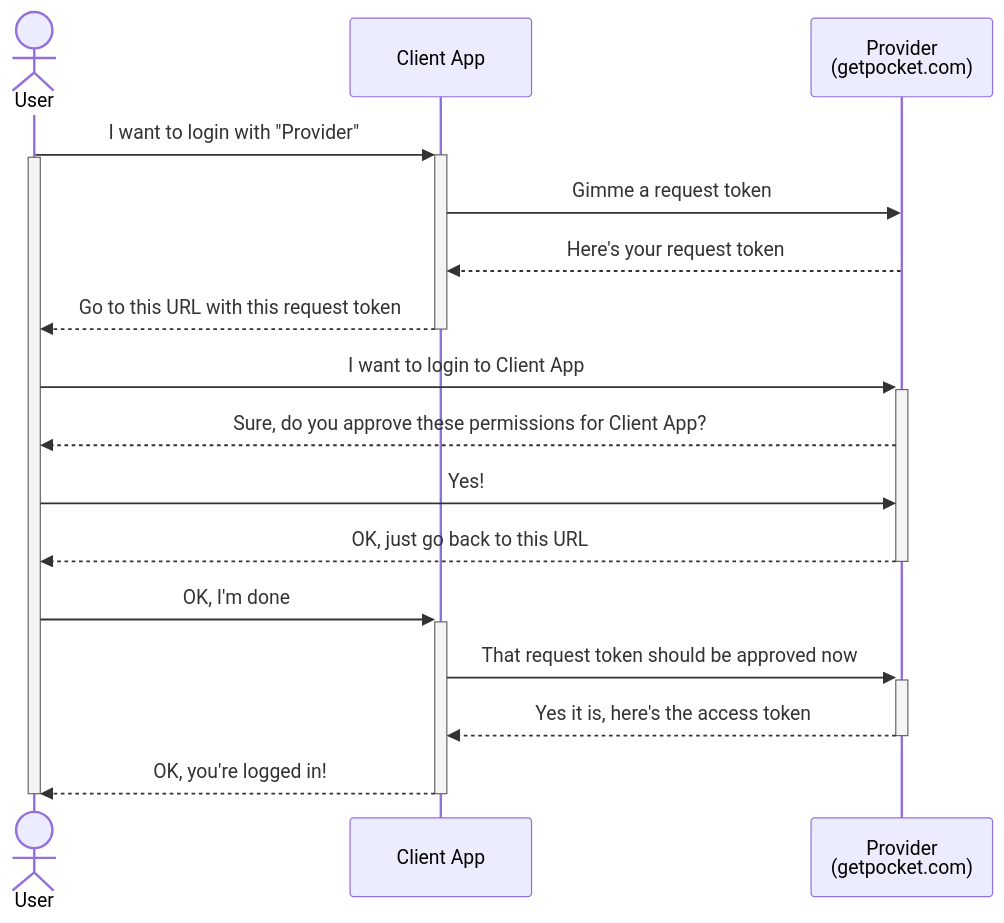
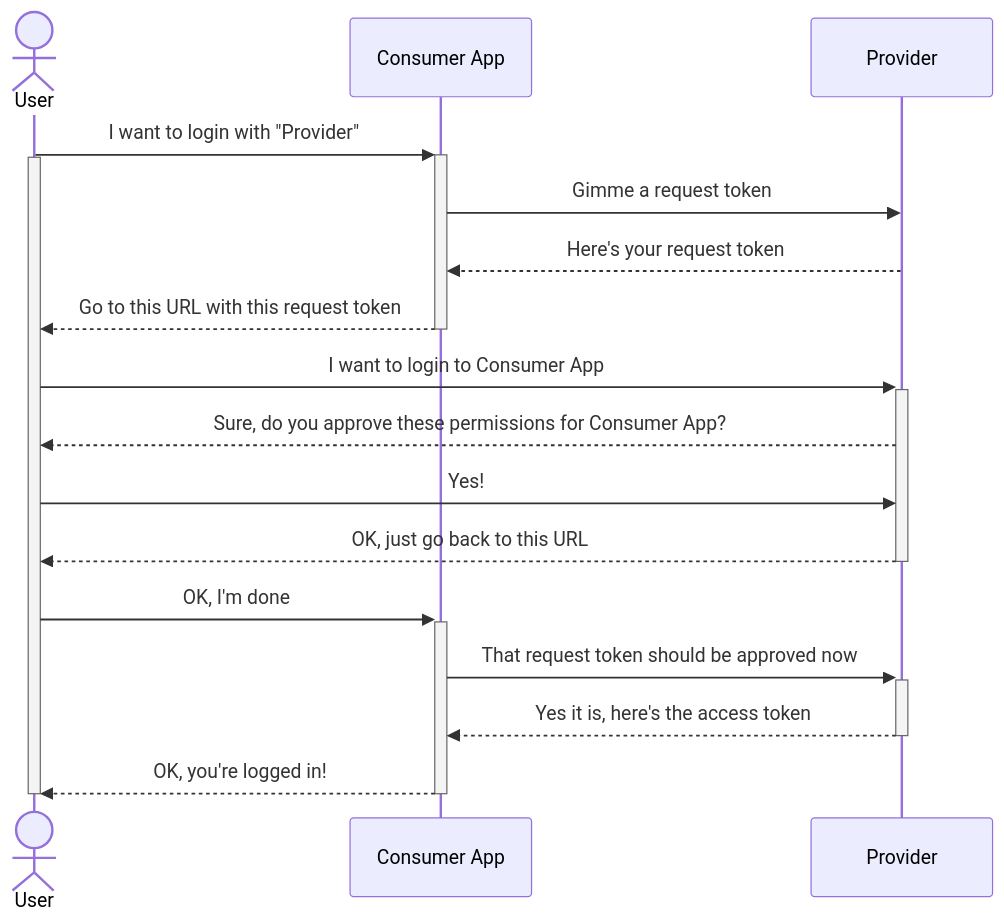
Before and after one commit to jnv/bitoff.org: the second of 2 diagrams in posts/2023-01-15-pocket-api-auth/index.md, drawn with Mermaid. The commit also changed other lines of this file, not shown here.

````diff
--- a/posts/2023-01-15-pocket-api-auth/index.md
+++ b/posts/2023-01-15-pocket-api-auth/index.md
@@ -43,20 +43,20 @@
 ```mermaid
 sequenceDiagram
     actor U as User
-    participant A as Client App
-    participant P as Provider<br>(getpocket.com)
+    participant A as Consumer App
+    participant P as Provider
     U->>+A: I want to login with "Provider"
     activate U
     A->>P: Gimme a request token
     P-->>A: Here's your request token
     A-->>-U: Go to this URL with this request token
-    U->>+P: I want to login to Client App
-    P-->>U: Sure, do you approve these permissions for Client App?
+    U->>+P: I want to login to Consumer App
+    P-->>U: Sure, do you approve these permissions for Consumer App?
     U->>P: Yes!
     P-->>-U: OK, just go back to this URL
     U->>+A: OK, I'm done
     A->>+P: That request token should be approved now
     P-->>-A: Yes it is, here's the access token
     A-->>-U: OK, you're logged in!
     deactivate U
 ```
````
